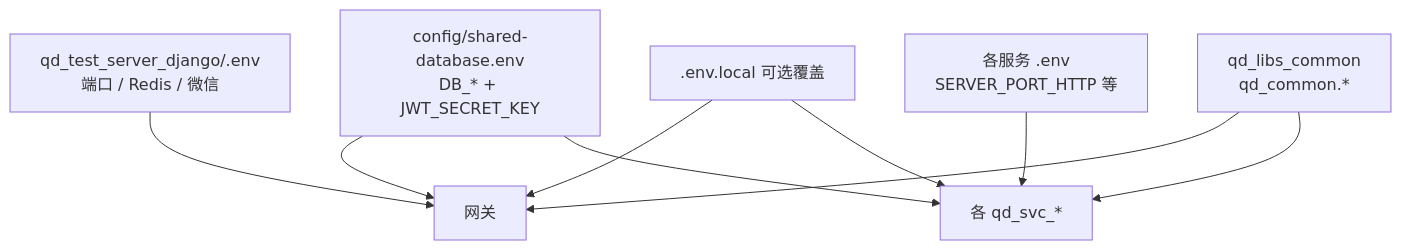
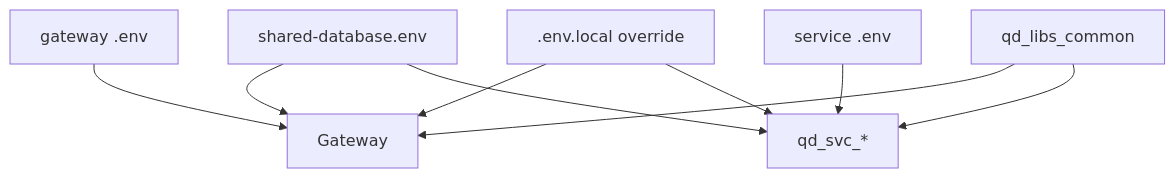
The third of 6 diagrams in README.md (TZTANG97/utoo-pydjango), drawn with Mermaid before and after one commit. The commit also changed other lines of this file, not shown here.

Commit message:
docs: use GitLab-compatible Mermaid graph syntax in README.

````diff
--- a/README.md
+++ b/README.md
@@ -92,11 +89,11 @@
 ```mermaid
-flowchart TB
-  Shared["config/shared-database.env<br/>DB_* + JWT_SECRET_KEY"] --> GW["网关"]
-  Shared --> Svc["各 qd_svc_*"]
-  EnvGw["qd_test_server_django/.env<br/>端口 / Redis / 微信"] --> GW
-  EnvSvc["各服务 .env<br/>SERVER_PORT_HTTP 等"] --> Svc
-  Local[".env.local 可选覆盖"] --> GW
+graph TB
+  Shared[shared-database.env] --> GW[Gateway]
+  Shared --> Svc[qd_svc_*]
+  EnvGw[gateway .env] --> GW
+  EnvSvc[service .env] --> Svc
+  Local[.env.local override] --> GW
   Local --> Svc
-  Libs["qd_libs_common<br/>qd_common.*"] --> GW
+  Libs[qd_libs_common] --> GW
   Libs --> Svc
 ```
````
